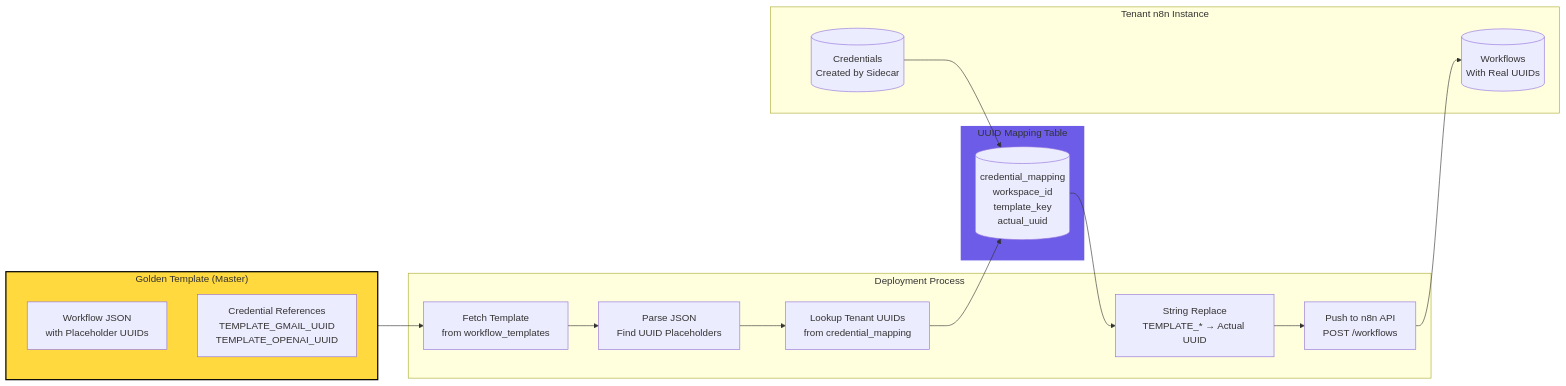
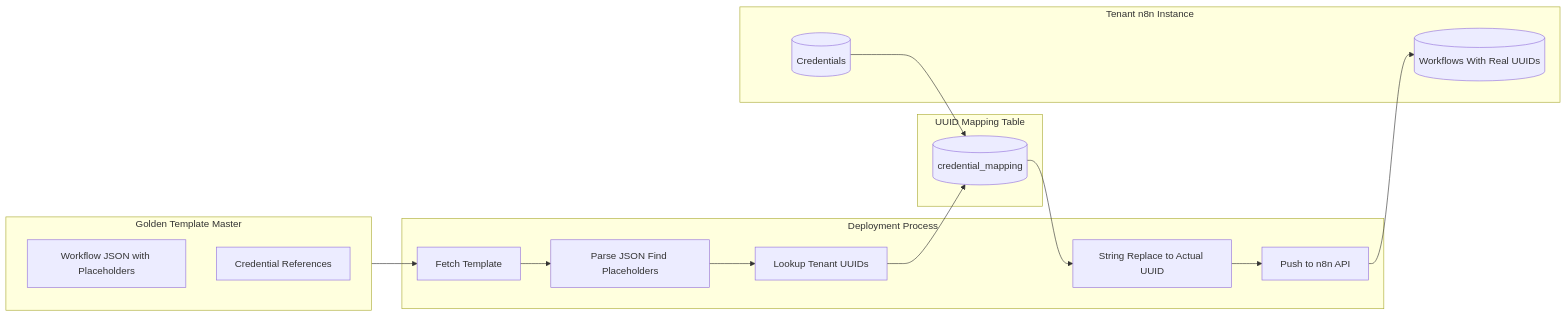
One commit to nishchith-m10/cold-email-dashboard changed diagram 13 of 13 in docs/plans/Genesis_Architecture.md. Above: the diagram before and after it, drawn with Mermaid. The commit also changed other lines of this file, not shown here.

First line of the commit message:
fix: Clean up remaining Mermaid syntax errors in Part III diagrams

````diff
--- a/docs/plans/Genesis_Architecture.md
+++ b/docs/plans/Genesis_Architecture.md
@@ -1120,36 +1107,33 @@
 ```mermaid
 flowchart LR
-    subgraph TEMPLATE["Golden Template (Master)"]
-        TEMPLATE_WF[Workflow JSON<br/>with Placeholder UUIDs]
-        TEMPLATE_CREDS[Credential References<br/>TEMPLATE_GMAIL_UUID<br/>TEMPLATE_OPENAI_UUID]
+    subgraph TEMPLATE["Golden Template Master"]
+        TEMPLATE_WF[Workflow JSON with Placeholders]
+        TEMPLATE_CREDS[Credential References]
     end
 
     subgraph DEPLOY["Deployment Process"]
-        FETCH[Fetch Template<br/>from workflow_templates]
-        PARSE[Parse JSON<br/>Find UUID Placeholders]
-        LOOKUP[Lookup Tenant UUIDs<br/>from credential_mapping]
-        REPLACE[String Replace<br/>TEMPLATE_* → Actual UUID]
-        PUSH[Push to n8n API<br/>POST /workflows]
+        FETCH[Fetch Template]
+        PARSE[Parse JSON Find Placeholders]
+        LOOKUP[Lookup Tenant UUIDs]
+        REPLACE[String Replace to Actual UUID]
+        PUSH[Push to n8n API]
     end
 
     subgraph TENANT["Tenant n8n Instance"]
-        N8N_CREDS[(Credentials<br/>Created by Sidecar)]
-        N8N_WF[(Workflows<br/>With Real UUIDs)]
+        N8N_CREDS[(Credentials)]
+        N8N_WF[(Workflows With Real UUIDs)]
     end
 
     subgraph MAPPING["UUID Mapping Table"]
-        MAP_TABLE[(credential_mapping<br/>workspace_id<br/>template_key<br/>actual_uuid)]
+        MAP_TABLE[(credential_mapping)]
     end
 
     TEMPLATE --> FETCH
     FETCH --> PARSE
     PARSE --> LOOKUP
     LOOKUP --> MAP_TABLE
     MAP_TABLE --> REPLACE
     REPLACE --> PUSH
     PUSH --> N8N_WF
     N8N_CREDS --> MAP_TABLE
-
-    style TEMPLATE fill:#ffd93d,stroke:#000,stroke-width:2px
-    style MAPPING fill:#6c5ce7,stroke:#fff,stroke-width:2px
 ```
````
